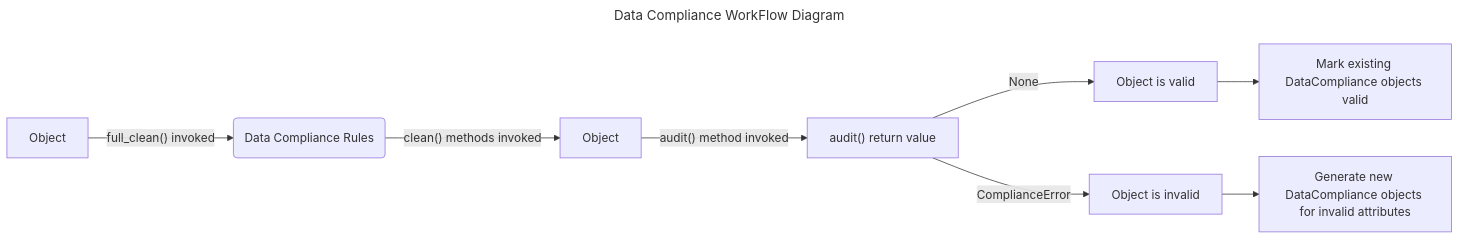
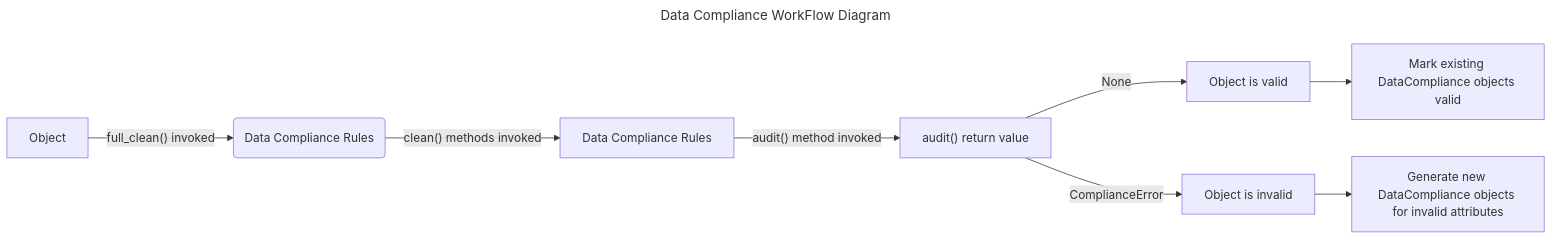
The diagram in nautobot/docs/user-guide/feature-guides/data-compliance.md (nautobot/nautobot), drawn with Mermaid before and after one commit. The commit also changed 3 other files, not shown here.

````diff
--- a/nautobot/docs/user-guide/feature-guides/data-compliance.md
+++ b/nautobot/docs/user-guide/feature-guides/data-compliance.md
@@ -13,13 +13,13 @@
 ```mermaid
 ---
 title: Data Compliance WorkFlow Diagram
 ---
 flowchart LR
     A["Object"] -- full_clean() invoked --> B("Data Compliance Rules")
-    B -- clean() methods invoked --> C["Object"]
+    B -- clean() methods invoked --> C["Data Compliance Rules"]
     C -- audit() method invoked --> D["audit() return value"]
     D -- None --> E["Object is valid"]
     D -- ComplianceError --> F["Object is invalid"]
     E --> G["Mark existing DataCompliance objects valid"]
     F --> H["Generate new DataCompliance objects for invalid attributes"]
 ```
````
